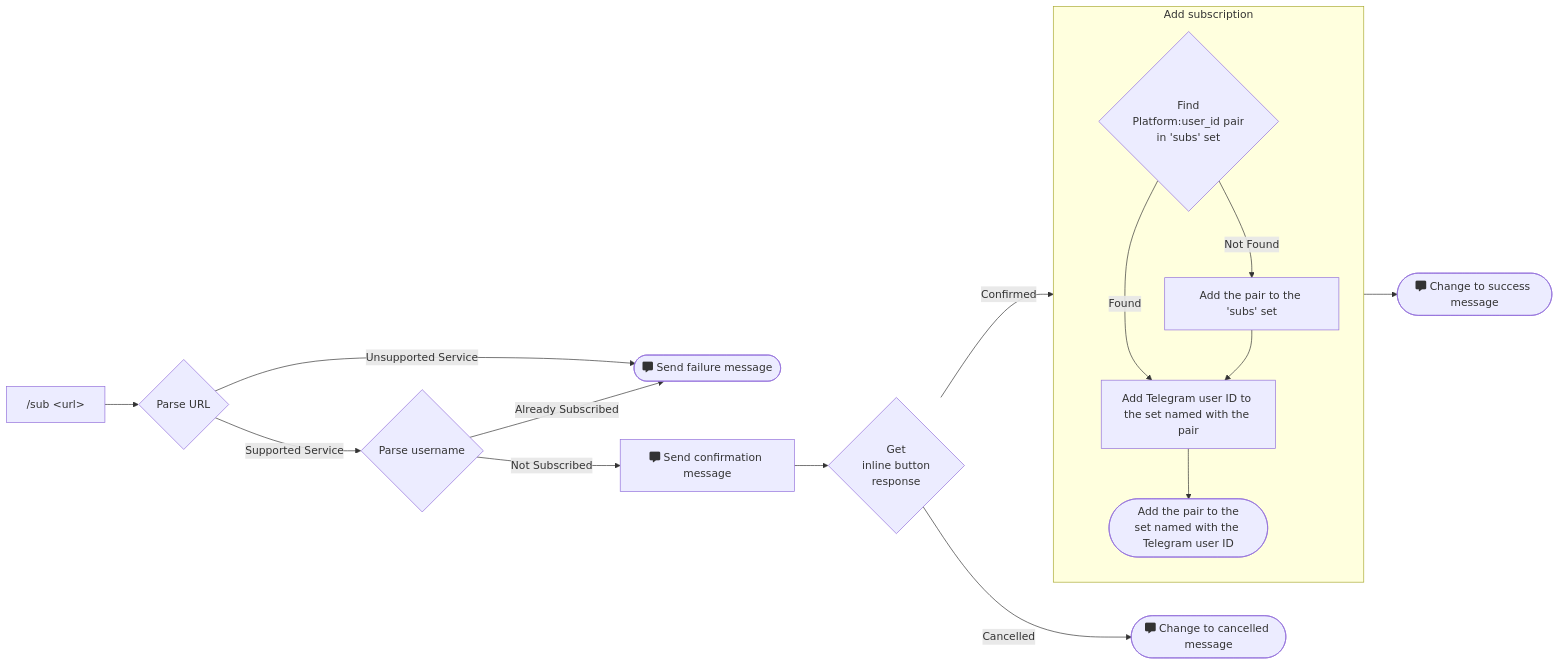
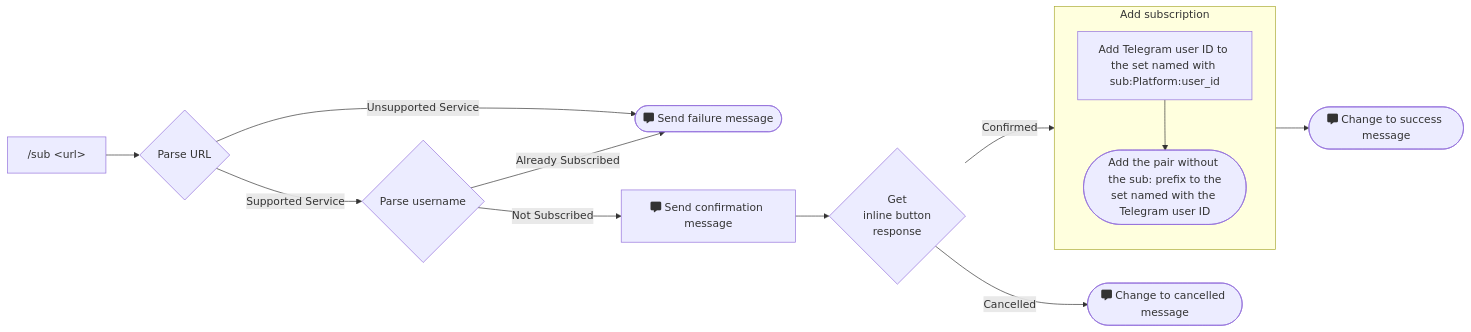
The first of 3 diagrams in Design.md (mikelei8291/Telescope), drawn with Mermaid before and after one commit. The commit also changed other lines of this file, not shown here.

````diff
--- a/Design.md
+++ b/Design.md
@@ -12,19 +12,15 @@
   ```mermaid
   flowchart LR
     subgraph s1["Add subscription"]
-      n1{"Find<br>Platform:user_id pair<br>in 'subs' set"}
-      n1 -- Found --> n2["Add Telegram user ID to the set named with the pair"]
-      n1 -- Not Found --> n3["Add the pair to the 'subs' set"]
-      n3 --> n2
-      n2 --> n4(["Add the pair to the<br>set named with the Telegram user ID"])
+      n1["Add Telegram user ID to the set named with sub:Platform:user_id"] --> n2(["Add the pair without the sub: prefix to the<br>set named with the Telegram user ID"])
     end
     A["/sub &lt;url&gt;"] --> B{"Parse URL"}
     B -- Supported Service --> C{"Parse username"}
     B -- Unsupported Service --> D(["fa:fa-message Send failure message"])
     C -- Not Subscribed --> E["fa:fa-message Send confirmation message"]
     C -- Already Subscribed --> D
     E --> F{"Get<br>inline button<br>response"}
     F -- Confirmed --> s1
     s1 --> H(["fa:fa-message Change to success message"])
     F -- Cancelled --> I(["fa:fa-message Change to cancelled message"])
   ```
````
